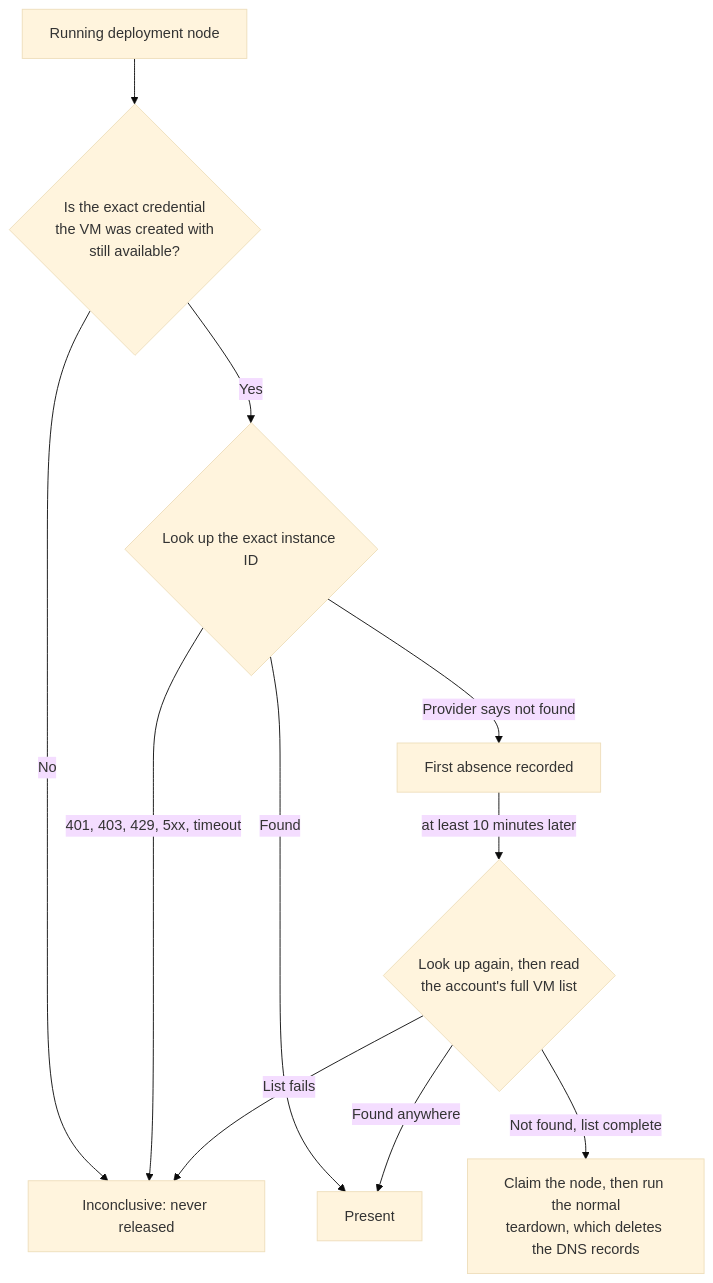
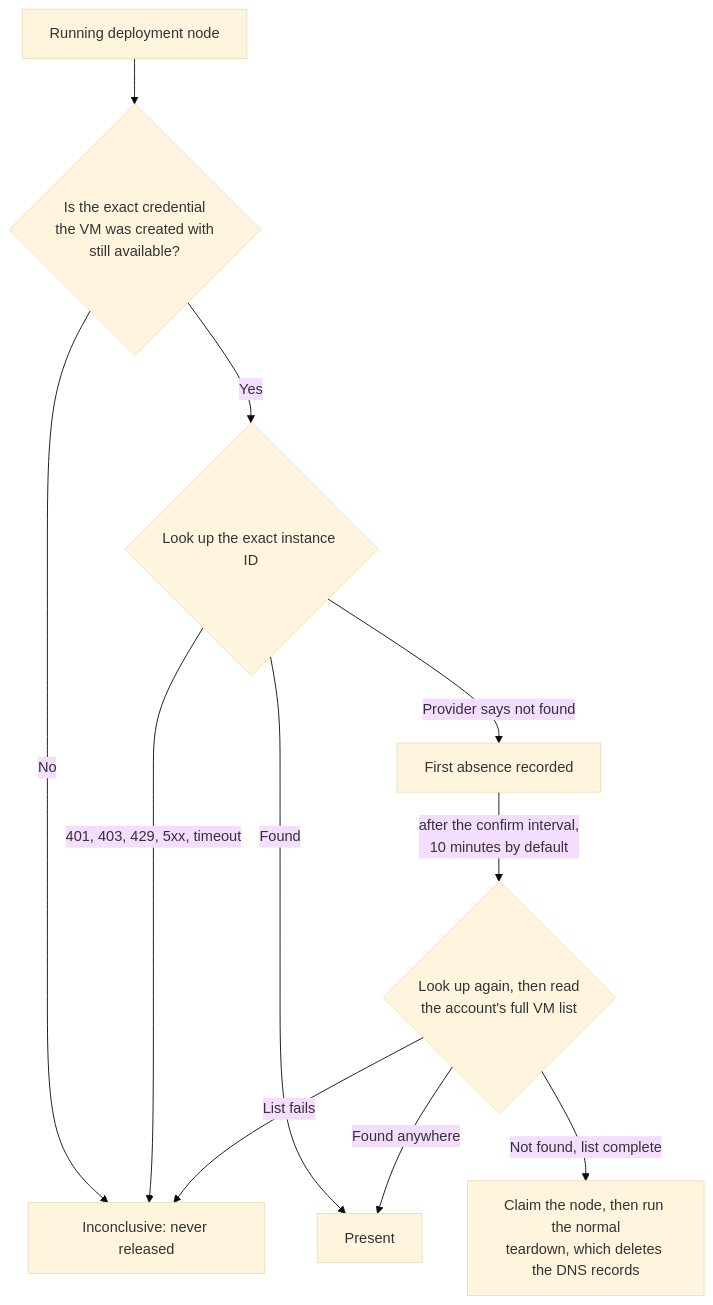
Before and after one commit to raphaeltm/simple-agent-manager: the diagram in apps/www/src/content/blog/sams-journal-when-a-deleted-vm-kept-its-dns-name.md, drawn with Mermaid (base theme). The commit also changed other lines of this file, not shown here.

````diff
--- a/apps/www/src/content/blog/sams-journal-when-a-deleted-vm-kept-its-dns-name.md
+++ b/apps/www/src/content/blog/sams-journal-when-a-deleted-vm-kept-its-dns-name.md
@@ -77,13 +77,13 @@
 ```mermaid
 flowchart TD
     A[Running deployment node] --> B{Is the exact credential<br/>the VM was created with<br/>still available?}
     B -->|No| I[Inconclusive: never released]
     B -->|Yes| C{Look up the exact instance ID}
     C -->|Found| P[Present]
     C -->|401, 403, 429, 5xx, timeout| I
     C -->|Provider says not found| D[First absence recorded]
-    D -->|at least 10 minutes later| E{Look up again, then read<br/>the account's full VM list}
+    D -->|after the confirm interval,<br/>10 minutes by default| E{Look up again, then read<br/>the account's full VM list}
     E -->|Found anywhere| P
     E -->|List fails| I
     E -->|Not found, list complete| R[Claim the node, then run the normal<br/>teardown, which deletes the DNS records]
 ```
````
